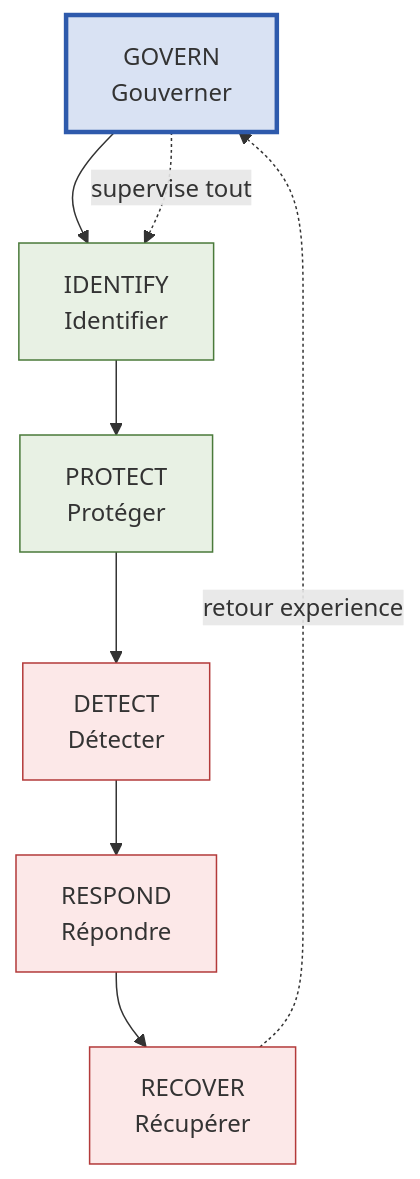
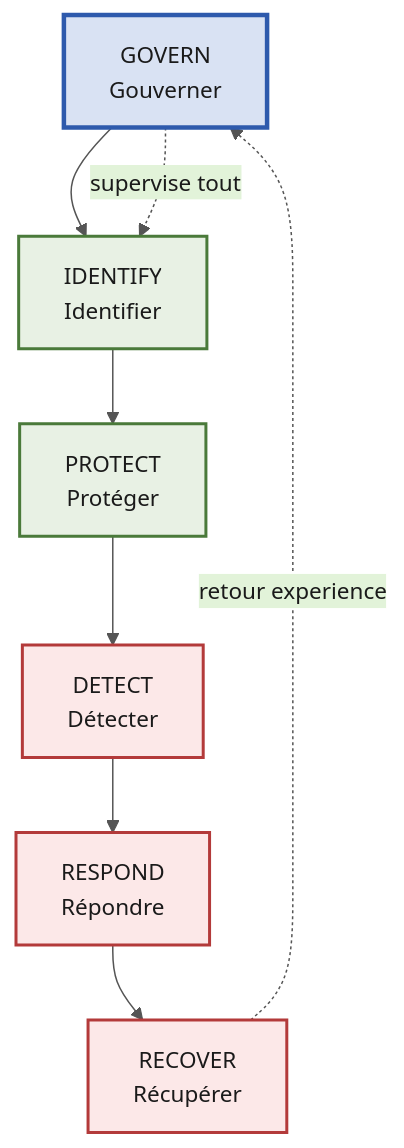
One commit to cchopin/Jedha-cybersec-fullstack changed the second of 10 diagrams in 12_governance_risk_compliance/grc.md. Above: the diagram before and after it, drawn with Mermaid. The commit also changed other lines of this file, not shown here.

````diff
--- a/12_governance_risk_compliance/grc.md
+++ b/12_governance_risk_compliance/grc.md
@@ -58,16 +59,17 @@
 ```mermaid
+%%{init: {'theme':'base', 'themeVariables': {'primaryColor':'#D9E2F3','primaryTextColor':'#1A1A1A','primaryBorderColor':'#2E5AAC','lineColor':'#555555','fontSize':'15px','textColor':'#1A1A1A','mainBkg':'#D9E2F3'}}}%%
 flowchart TD
     GV[GOVERN<br/>Gouverner] --> ID[IDENTIFY<br/>Identifier]
     ID --> PR[PROTECT<br/>Protéger]
     PR --> DE[DETECT<br/>Détecter]
     DE --> RS[RESPOND<br/>Répondre]
     RS --> RC[RECOVER<br/>Récupérer]
     RC -.retour experience.-> GV
     GV -.supervise tout.-> ID
-    style GV fill:#D9E2F3,stroke:#2E5AAC,stroke-width:3px
-    style ID fill:#E8F1E4,stroke:#4A7A3A
-    style PR fill:#E8F1E4,stroke:#4A7A3A
-    style DE fill:#FCE8E8,stroke:#B33A3A
-    style RS fill:#FCE8E8,stroke:#B33A3A
-    style RC fill:#FCE8E8,stroke:#B33A3A
+    style GV fill:#D9E2F3,stroke:#2E5AAC,color:#1A1A1A,stroke-width:3px
+    style ID fill:#E8F1E4,stroke:#4A7A3A,color:#1A1A1A,stroke-width:2px
+    style PR fill:#E8F1E4,stroke:#4A7A3A,color:#1A1A1A,stroke-width:2px
+    style DE fill:#FCE8E8,stroke:#B33A3A,color:#1A1A1A,stroke-width:2px
+    style RS fill:#FCE8E8,stroke:#B33A3A,color:#1A1A1A,stroke-width:2px
+    style RC fill:#FCE8E8,stroke:#B33A3A,color:#1A1A1A,stroke-width:2px
 ```
````
